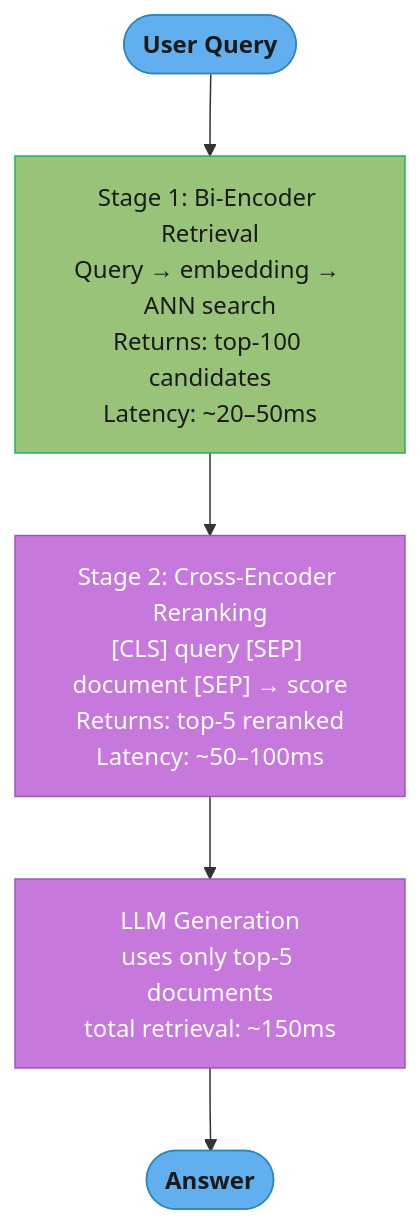
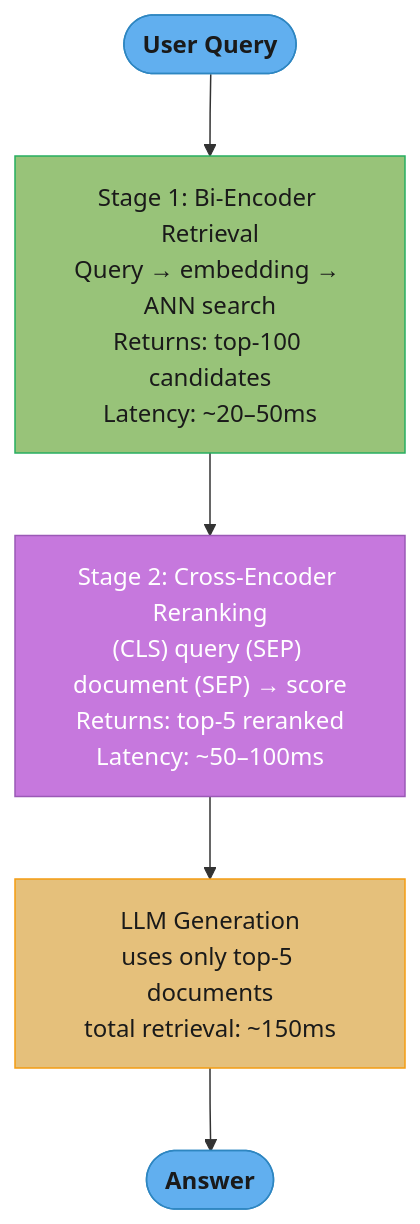
The diagram in src/main/java/com/rutik/systemdesign/llm/rag_fundamentals/reranking.md (rppol/system-design), drawn with Mermaid before and after one commit. The commit also changed 88 other files, not shown here.

````diff
--- a/src/main/java/com/rutik/systemdesign/llm/rag_fundamentals/reranking.md
+++ b/src/main/java/com/rutik/systemdesign/llm/rag_fundamentals/reranking.md
@@ -188,18 +188,21 @@
 ```mermaid
 %%{init: {'flowchart': {'curve': 'basis', 'nodeSpacing': 50, 'rankSpacing': 55}}}%%
 flowchart TD
-    classDef io     fill:#61afef,stroke:#2e86c1,color:#1a1a1a,font-weight:bold
-    classDef proc   fill:#98c379,stroke:#27ae60,color:#1a1a1a
-    classDef rerank fill:#c678dd,stroke:#9b59b6,color:#fff
-    classDef llm    fill:#c678dd,stroke:#9b59b6,color:#fff
+    classDef io      fill:#61afef,stroke:#2e86c1,color:#1a1a1a,font-weight:bold
+    classDef frozen  fill:#c678dd,stroke:#9b59b6,color:#fff
+    classDef train   fill:#98c379,stroke:#27ae60,color:#1a1a1a
+    classDef mathOp  fill:#d19a66,stroke:#e67e22,color:#1a1a1a,font-weight:bold
+    classDef lossN   fill:#e06c75,stroke:#c0392b,color:#fff,font-weight:bold
+    classDef req     fill:#56b6c2,stroke:#0097a7,color:#1a1a1a
+    classDef base    fill:#e5c07b,stroke:#f39c12,color:#1a1a1a
 
     Q([User Query]) --> S1["Stage 1: Bi-Encoder Retrieval\nQuery → embedding → ANN search\nReturns: top-100 candidates\nLatency: ~20–50ms"]
-    S1 --> S2["Stage 2: Cross-Encoder Reranking\n[CLS] query [SEP] document [SEP] → score\nReturns: top-5 reranked\nLatency: ~50–100ms"]
+    S1 --> S2["Stage 2: Cross-Encoder Reranking\n(CLS) query (SEP) document (SEP) → score\nReturns: top-5 reranked\nLatency: ~50–100ms"]
     S2 --> GEN["LLM Generation\nuses only top-5 documents\ntotal retrieval: ~150ms"]
     GEN --> ANS([Answer])
 
     class Q,ANS io
-    class S1 proc
-    class S2 rerank
-    class GEN llm
+    class S1 train
+    class S2 frozen
+    class GEN base
 ```
````
